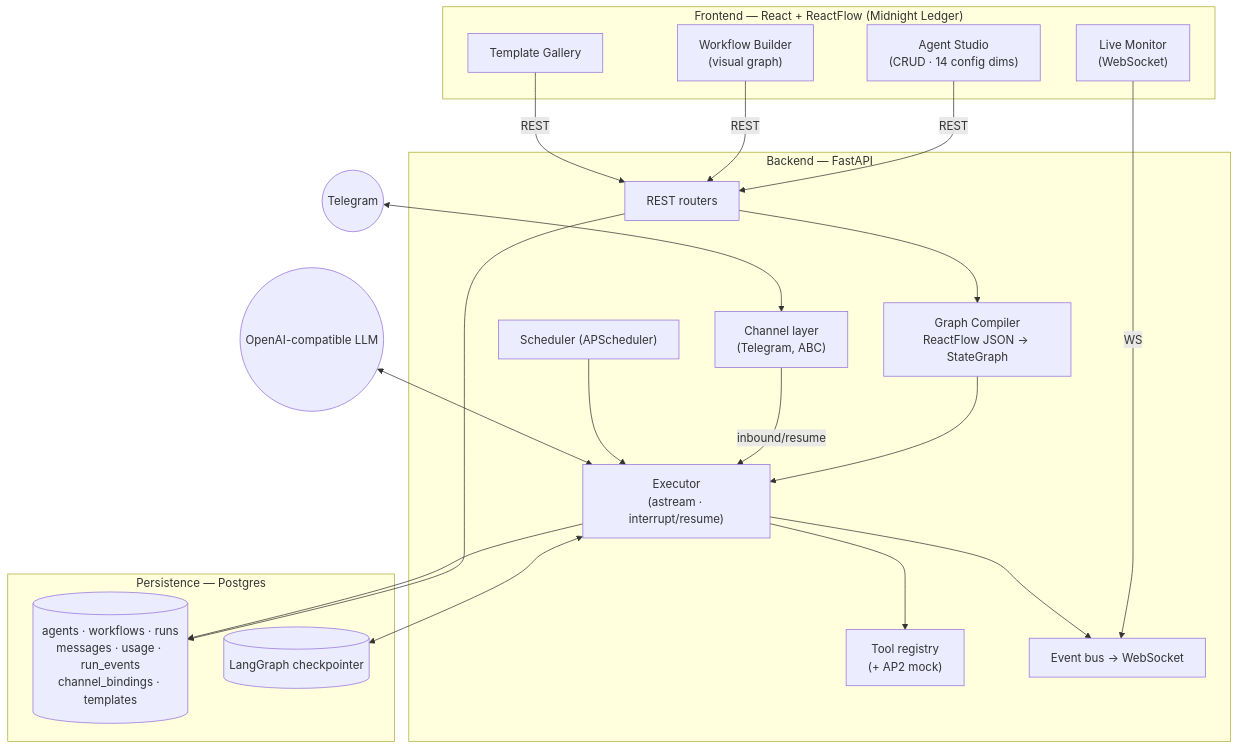
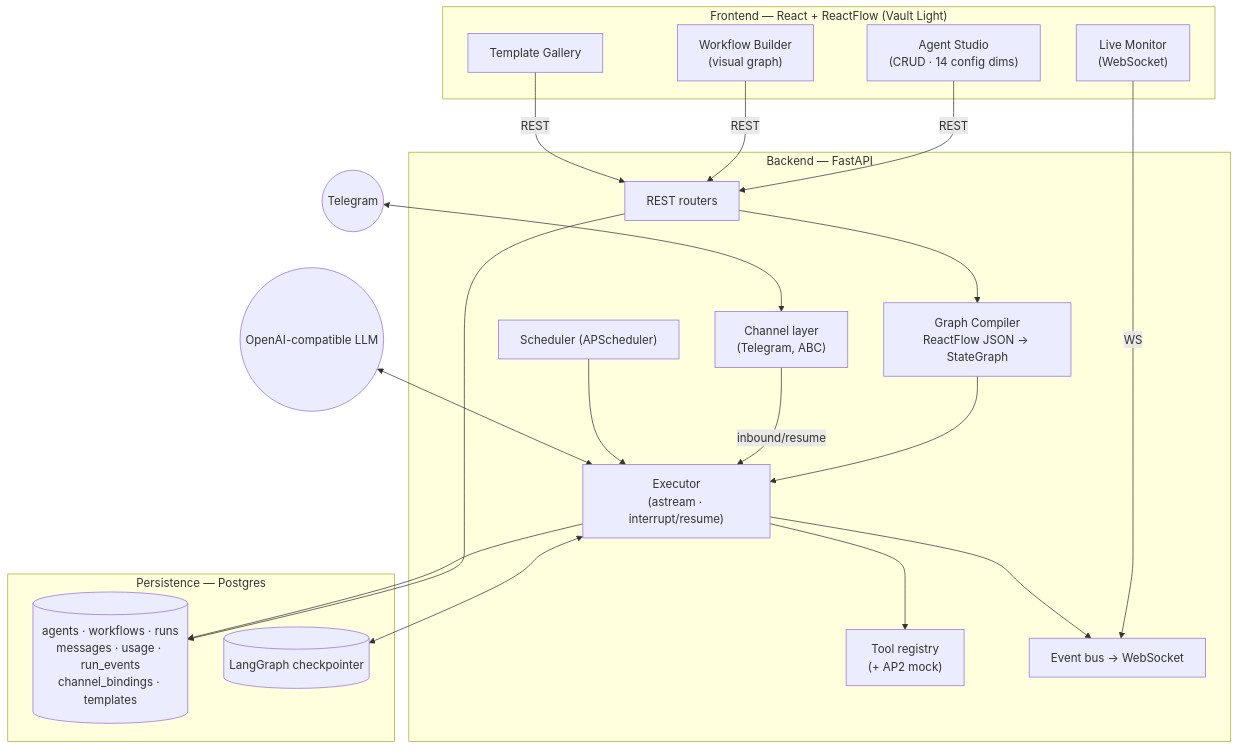
The diagram in README.md (rajagurunath/yunoflow), drawn with Mermaid before and after one commit. The commit also changed other lines of this file and 10 other files, not shown here.

````diff
--- a/README.md
+++ b/README.md
@@ -70,37 +66,37 @@
 ```mermaid
 flowchart TB
-  subgraph FE["Frontend — React + ReactFlow (Midnight Ledger)"]
+  subgraph FE["Frontend — React + ReactFlow (Vault Light)"]
     Studio["Agent Studio<br/>(CRUD · 14 config dims)"]
     Builder["Workflow Builder<br/>(visual graph)"]
     Monitor["Live Monitor<br/>(WebSocket)"]
     Gallery["Template Gallery"]
   end
 
   subgraph BE["Backend — FastAPI"]
     API["REST routers"]
     Compiler["Graph Compiler<br/>ReactFlow JSON → StateGraph"]
     Exec["Executor<br/>(astream · interrupt/resume)"]
     Tools["Tool registry<br/>(+ AP2 mock)"]
     Bus["Event bus → WebSocket"]
     Chan["Channel layer<br/>(Telegram, ABC)"]
     Sched["Scheduler (APScheduler)"]
   end
 
   subgraph DATA["Persistence — Postgres"]
     DB[("agents · workflows · runs<br/>messages · usage · run_events<br/>channel_bindings · templates")]
     CP[("LangGraph checkpointer")]
   end
 
   Studio & Builder & Gallery -->|REST| API
   Monitor -->|WS| Bus
   API --> Compiler --> Exec
   Exec --> Tools
   Exec --> Bus
   Exec <--> CP
   Chan -->|inbound/resume| Exec
   Sched --> Exec
   API --> DB
   Exec --> DB
   Telegram((Telegram)) <--> Chan
   LLM((OpenAI-compatible LLM)) <--> Exec
 ```
````
